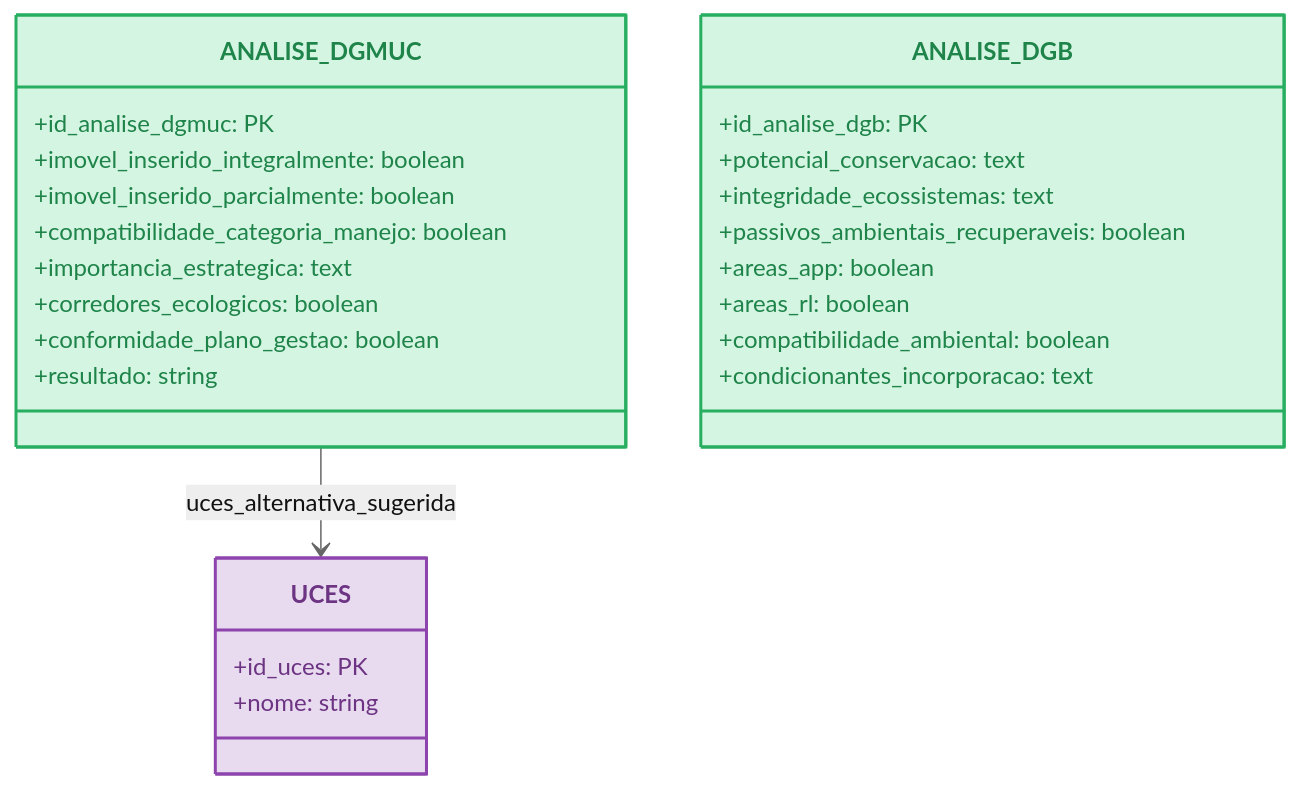
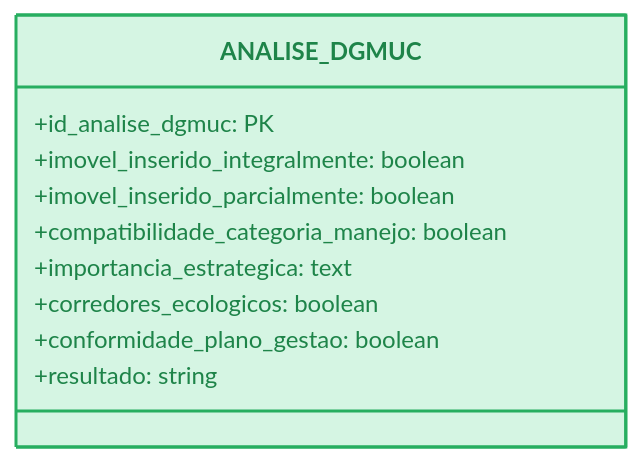
One commit to NGEO-IDEFLOR-Bio/certFundiaria-uces-pa changed the ninth of 14 diagrams in docs/05-modelo-dados/modelo-dados.md. Above: the diagram before and after it, drawn with Mermaid (neutral theme). The commit also changed other lines of this file and 31 other files, not shown here.

Commit message:
docs: atualiza especificacoes de planejamento e diagramas com a IN Conjunta oficial 2026

````diff
--- a/docs/05-modelo-dados/modelo-dados.md
+++ b/docs/05-modelo-dados/modelo-dados.md
@@ -248,35 +247,15 @@
 ```mermaid
 classDiagram
     class ANALISE_DGMUC {
         +id_analise_dgmuc: PK
         +imovel_inserido_integralmente: boolean
         +imovel_inserido_parcialmente: boolean
         +compatibilidade_categoria_manejo: boolean
         +importancia_estrategica: text
         +corredores_ecologicos: boolean
         +conformidade_plano_gestao: boolean
         +resultado: string
     }
 
-    class ANALISE_DGB {
-        +id_analise_dgb: PK
-        +potencial_conservacao: text
-        +integridade_ecossistemas: text
-        +passivos_ambientais_recuperaveis: boolean
-        +areas_app: boolean
-        +areas_rl: boolean
-        +compatibilidade_ambiental: boolean
-        +condicionantes_incorporacao: text
-    }
-
-    ANALISE_DGMUC --> UCES : uces_alternativa_sugerida
-
-    class UCES {
-        +id_uces: PK
-        +nome: string
-    }
-
     style ANALISE_DGMUC fill:#D5F5E3,stroke:#27AE60,stroke-width:2px,color:#1E8449
-    style ANALISE_DGB fill:#D5F5E3,stroke:#27AE60,stroke-width:2px,color:#1E8449
-    style UCES fill:#E8DAEF,stroke:#8E44AD,stroke-width:2px,color:#6C3483
 ```
````
